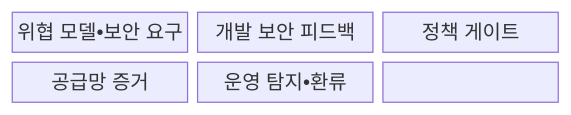
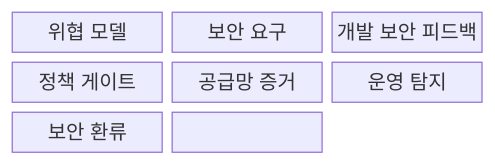
One commit to agnusdei1207/knowledge-base changed the first of 2 diagrams in src/content/docs/notes/08-latest-tech/177_devsecops.md. Above: the diagram before and after it, drawn with Mermaid. The commit also changed other lines of this file and 20 other files, not shown here.

````diff
--- a/src/content/docs/notes/08-latest-tech/177_devsecops.md
+++ b/src/content/docs/notes/08-latest-tech/177_devsecops.md
@@ -71,11 +77,13 @@
 ```mermaid
 block-beta
   columns 3
-  N0["위협 모델•보안 요구"]
+  N0["위협 모델"]
+  N5["보안 요구"]
   N1["개발 보안 피드백"]
   N2["정책 게이트"]
   N3["공급망 증거"]
-  N4["운영 탐지•환류"]
-  N0 --- N1 --- N2
-  N2 --- N3 --- N4
+  N4["운영 탐지"]
+  N6["보안 환류"]
+  N0 --- N5 --- N1 --- N2
+  N2 --- N3 --- N4 --- N6
 ```
````
